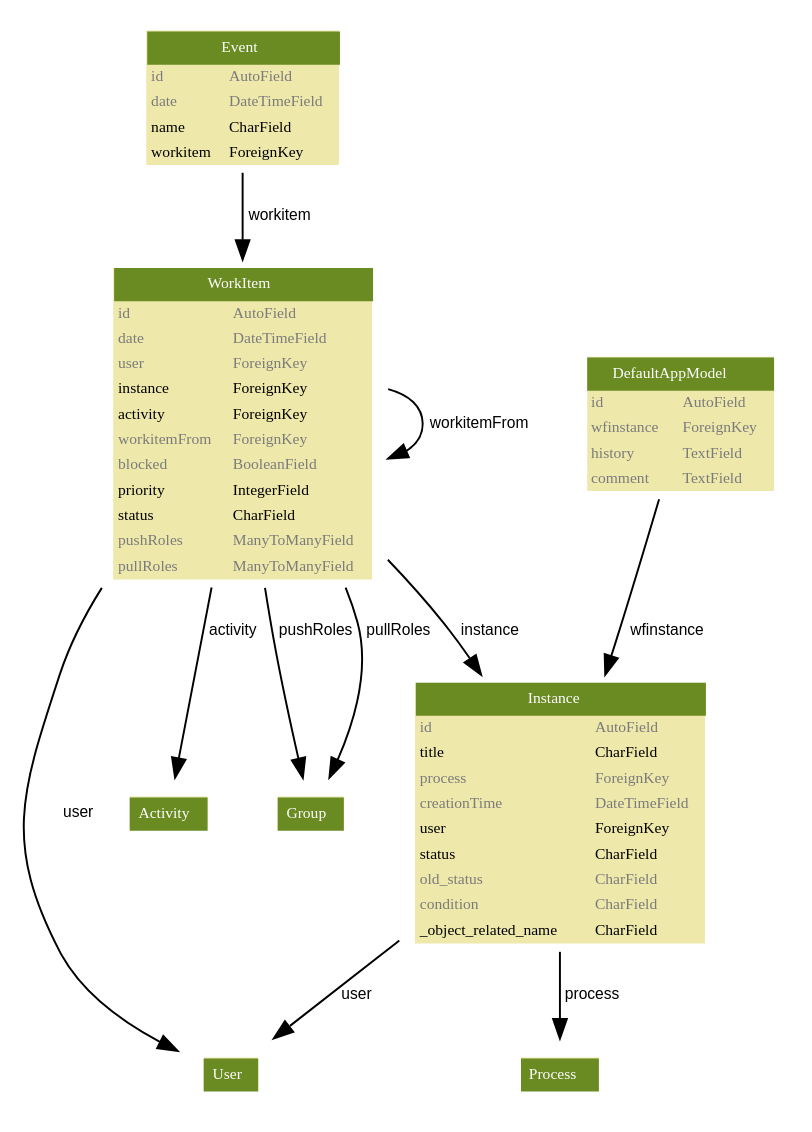
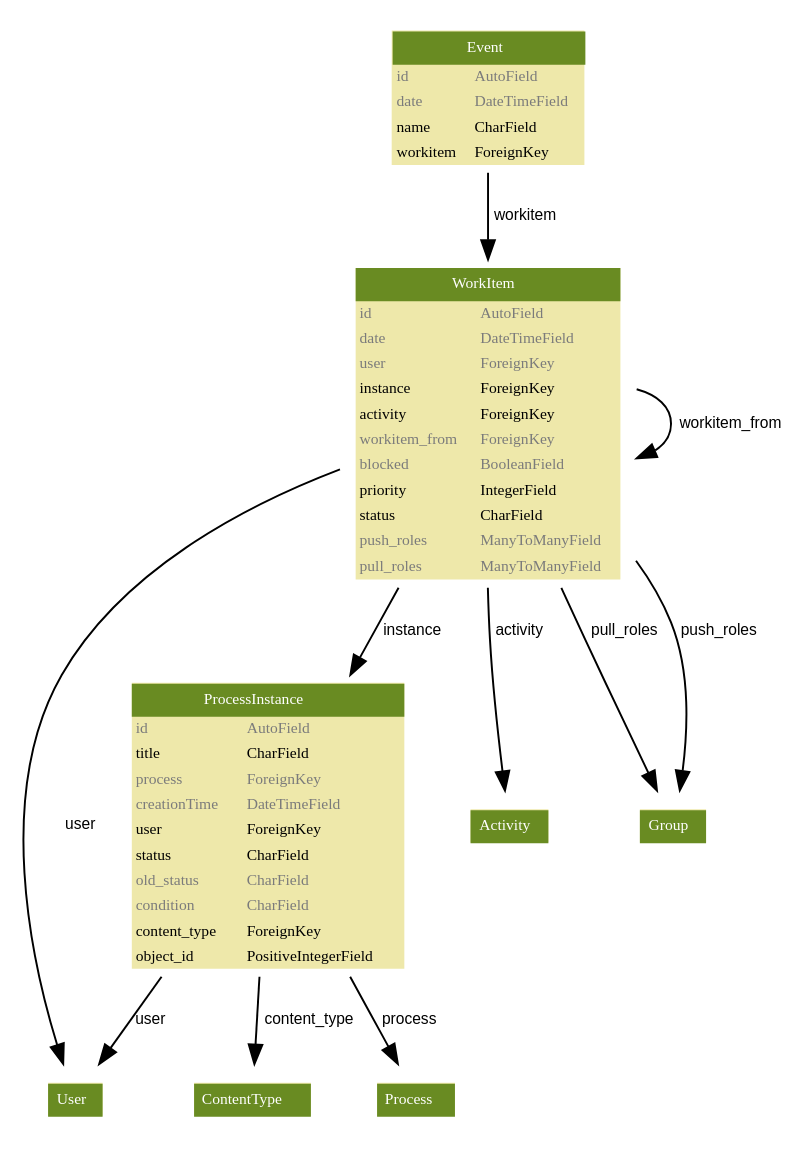
One commit to zen4ever/django-goflow changed the diagram in leavedemo/instances.dot. Above: the diagram before and after it, drawn with Graphviz. The commit also changed 4 other files, not shown here.

Commit message:
update graphviz diagrams

```diff
--- a/leavedemo/instances.dot
+++ b/leavedemo/instances.dot
@@ -24,7 +24,7 @@
         >Process</FONT></TD></TR>
         </TABLE>
         >]
-    Instance -> Process
+    ProcessInstance -> Process
     [label="process"] ;
     
     User [label=<
@@ -34,8 +34,18 @@
         >User</FONT></TD></TR>
         </TABLE>
         >]
-    Instance -> User
+    ProcessInstance -> User
     [label="user"] ;
+    
+    ContentType [label=<
+        <TABLE BGCOLOR="palegoldenrod" BORDER="0" CELLBORDER="0" CELLSPACING="0">
+        <TR><TD COLSPAN="2" CELLPADDING="4" ALIGN="CENTER" BGCOLOR="olivedrab4"
+        ><FONT FACE="Helvetica Bold" COLOR="white"
+        >ContentType</FONT></TD></TR>
+        </TABLE>
+        >]
+    ProcessInstance -> ContentType
+    [label="content_type"] ;
     
   
     
@@ -49,14 +59,14 @@
     WorkItem -> User
     [label="user"] ;
     
-    Instance [label=<
+    ProcessInstance [label=<
         <TABLE BGCOLOR="palegoldenrod" BORDER="0" CELLBORDER="0" CELLSPACING="0">
         <TR><TD COLSPAN="2" CELLPADDING="4" ALIGN="CENTER" BGCOLOR="olivedrab4"
         ><FONT FACE="Helvetica Bold" COLOR="white"
-        >Instance</FONT></TD></TR>
+        >ProcessInstance</FONT></TD></TR>
         </TABLE>
         >]
-    WorkItem -> Instance
+    WorkItem -> ProcessInstance
     [label="instance"] ;
     
     Activity [label=<
@@ -77,7 +87,7 @@
         </TABLE>
         >]
     WorkItem -> WorkItem
-    [label="workitemFrom"] ;
+    [label="workitem_from"] ;
     
     Group [label=<
         <TABLE BGCOLOR="palegoldenrod" BORDER="0" CELLBORDER="0" CELLSPACING="0">
@@ -87,7 +97,7 @@
         </TABLE>
         >]
     WorkItem -> Group
-    [label="pushRoles"] [arrowhead=normal arrowtail=normal];
+    [label="push_roles"] [arrowhead=normal arrowtail=normal];
     
     Group [label=<
         <TABLE BGCOLOR="palegoldenrod" BORDER="0" CELLBORDER="0" CELLSPACING="0">
@@ -97,19 +107,7 @@
         </TABLE>
         >]
     WorkItem -> Group
-    [label="pullRoles"] [arrowhead=normal arrowtail=normal];
-    
-  
-    
-    Instance [label=<
-        <TABLE BGCOLOR="palegoldenrod" BORDER="0" CELLBORDER="0" CELLSPACING="0">
-        <TR><TD COLSPAN="2" CELLPADDING="4" ALIGN="CENTER" BGCOLOR="olivedrab4"
-        ><FONT FACE="Helvetica Bold" COLOR="white"
-        >Instance</FONT></TD></TR>
-        </TABLE>
-        >]
-    DefaultAppModel -> Instance
-    [label="wfinstance"] ;
+    [label="pull_roles"] [arrowhead=normal arrowtail=normal];
     
   
     
@@ -126,11 +124,11 @@
   
 
   
-    Instance [label=<
+    ProcessInstance [label=<
     <TABLE BGCOLOR="palegoldenrod" BORDER="0" CELLBORDER="0" CELLSPACING="0">
      <TR><TD COLSPAN="2" CELLPADDING="4" ALIGN="CENTER" BGCOLOR="olivedrab4"
      ><FONT FACE="Helvetica Bold" COLOR="white"
-     >Instance</FONT></TD></TR>
+     >ProcessInstance</FONT></TD></TR>
 
     
         
@@ -191,10 +189,17 @@
         ></TD></TR>
         
         <TR><TD ALIGN="LEFT" BORDER="0"
-        ><FONT FACE="Helvetica Bold">_object_related_name</FONT
+        ><FONT FACE="Helvetica Bold">content_type</FONT
         ></TD>
         <TD ALIGN="LEFT"
-        ><FONT FACE="Helvetica Bold">CharField</FONT
+        ><FONT FACE="Helvetica Bold">ForeignKey</FONT
+        ></TD></TR>
+        
+        <TR><TD ALIGN="LEFT" BORDER="0"
+        ><FONT FACE="Helvetica Bold">object_id</FONT
+        ></TD>
+        <TD ALIGN="LEFT"
+        ><FONT FACE="Helvetica Bold">PositiveIntegerField</FONT
         ></TD></TR>
         
     
@@ -245,7 +250,7 @@
         ></TD></TR>
         
         <TR><TD ALIGN="LEFT" BORDER="0"
-        ><FONT COLOR="#7B7B7B" FACE="Helvetica Bold">workitemFrom</FONT
+        ><FONT COLOR="#7B7B7B" FACE="Helvetica Bold">workitem_from</FONT
         ></TD>
         <TD ALIGN="LEFT"
         ><FONT COLOR="#7B7B7B" FACE="Helvetica Bold">ForeignKey</FONT
@@ -273,57 +278,17 @@
         ></TD></TR>
         
         <TR><TD ALIGN="LEFT" BORDER="0"
-        ><FONT COLOR="#7B7B7B" FACE="Helvetica Bold">pushRoles</FONT
+        ><FONT COLOR="#7B7B7B" FACE="Helvetica Bold">push_roles</FONT
         ></TD>
         <TD ALIGN="LEFT"
         ><FONT COLOR="#7B7B7B" FACE="Helvetica Bold">ManyToManyField</FONT
         ></TD></TR>
         
         <TR><TD ALIGN="LEFT" BORDER="0"
-        ><FONT COLOR="#7B7B7B" FACE="Helvetica Bold">pullRoles</FONT
+        ><FONT COLOR="#7B7B7B" FACE="Helvetica Bold">pull_roles</FONT
         ></TD>
         <TD ALIGN="LEFT"
         ><FONT COLOR="#7B7B7B" FACE="Helvetica Bold">ManyToManyField</FONT
-        ></TD></TR>
-        
-    
-    </TABLE>
-    >]
-  
-    DefaultAppModel [label=<
-    <TABLE BGCOLOR="palegoldenrod" BORDER="0" CELLBORDER="0" CELLSPACING="0">
-     <TR><TD COLSPAN="2" CELLPADDING="4" ALIGN="CENTER" BGCOLOR="olivedrab4"
-     ><FONT FACE="Helvetica Bold" COLOR="white"
-     >DefaultAppModel</FONT></TD></TR>
-
-    
-        
-        <TR><TD ALIGN="LEFT" BORDER="0"
-        ><FONT COLOR="#7B7B7B" FACE="Helvetica Bold">id</FONT
-        ></TD>
-        <TD ALIGN="LEFT"
-        ><FONT COLOR="#7B7B7B" FACE="Helvetica Bold">AutoField</FONT
-        ></TD></TR>
-        
-        <TR><TD ALIGN="LEFT" BORDER="0"
-        ><FONT COLOR="#7B7B7B" FACE="Helvetica Bold">wfinstance</FONT
-        ></TD>
-        <TD ALIGN="LEFT"
-        ><FONT COLOR="#7B7B7B" FACE="Helvetica Bold">ForeignKey</FONT
-        ></TD></TR>
-        
-        <TR><TD ALIGN="LEFT" BORDER="0"
-        ><FONT COLOR="#7B7B7B" FACE="Helvetica Bold">history</FONT
-        ></TD>
-        <TD ALIGN="LEFT"
-        ><FONT COLOR="#7B7B7B" FACE="Helvetica Bold">TextField</FONT
-        ></TD></TR>
-        
-        <TR><TD ALIGN="LEFT" BORDER="0"
-        ><FONT COLOR="#7B7B7B" FACE="Helvetica Bold">comment</FONT
-        ></TD>
-        <TD ALIGN="LEFT"
-        ><FONT COLOR="#7B7B7B" FACE="Helvetica Bold">TextField</FONT
         ></TD></TR>
         
     
```
